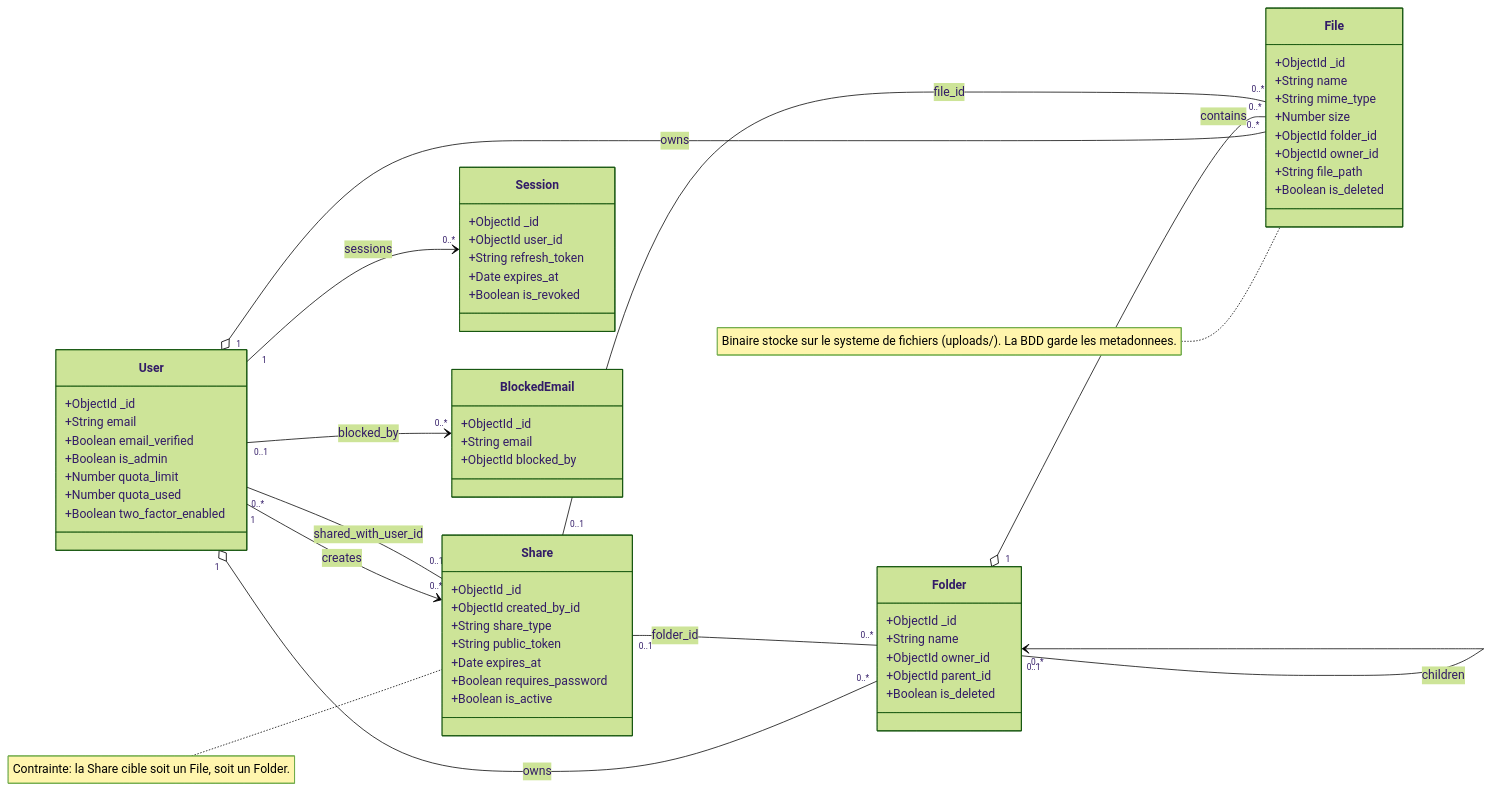
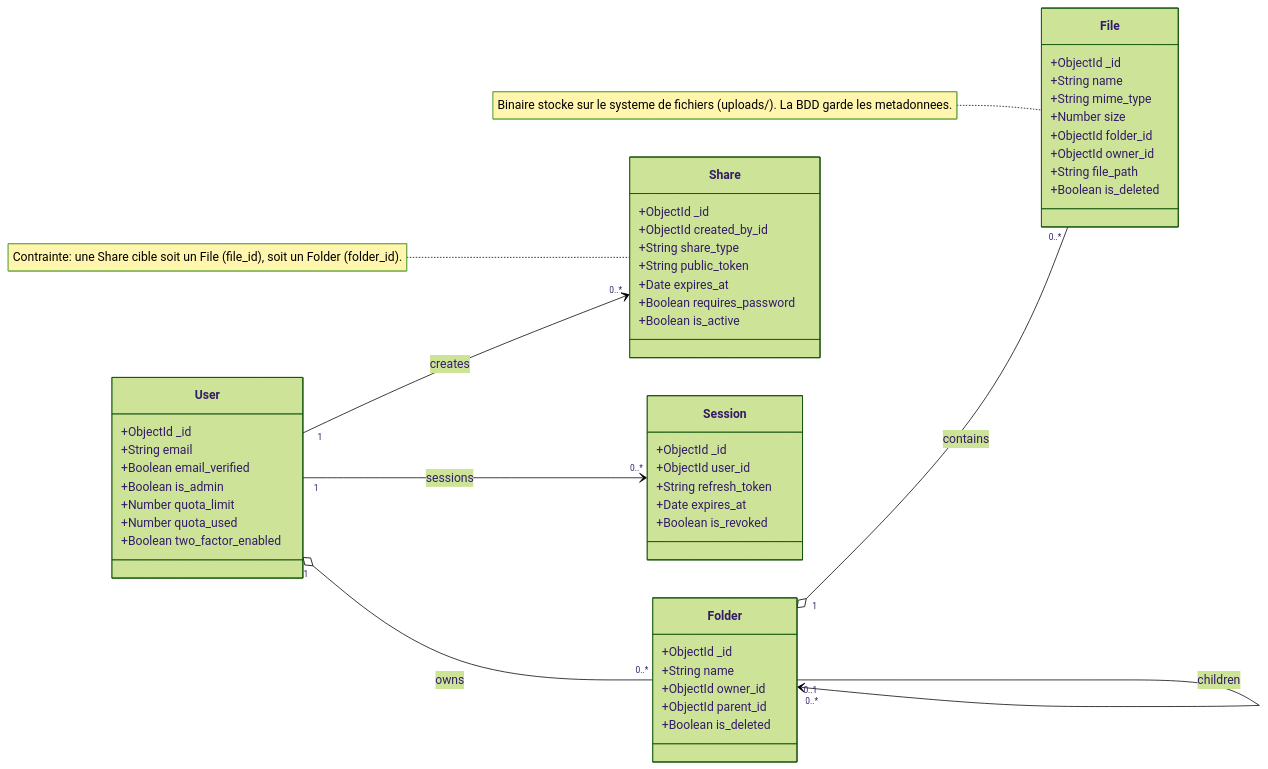
Before and after one commit to Elie224/SUPFile: the second of 5 diagrams in docs/DIAGRAMMES_UML.md, drawn with Mermaid (forest theme). The commit also changed other lines of this file, not shown here.

Commit message:
docs: simplify class diagram further

````diff
--- a/docs/DIAGRAMMES_UML.md
+++ b/docs/DIAGRAMMES_UML.md
@@ -123,74 +123,62 @@
 ```mermaid
 classDiagram
     direction LR
 
     class User {
         +ObjectId _id
         +String email
         +Boolean email_verified
         +Boolean is_admin
         +Number quota_limit
         +Number quota_used
         +Boolean two_factor_enabled
     }
 
     class Folder {
         +ObjectId _id
         +String name
         +ObjectId owner_id
         +ObjectId parent_id
         +Boolean is_deleted
     }
 
     class File {
         +ObjectId _id
         +String name
         +String mime_type
         +Number size
         +ObjectId folder_id
         +ObjectId owner_id
         +String file_path
         +Boolean is_deleted
     }
 
     class Share {
         +ObjectId _id
         +ObjectId created_by_id
         +String share_type
         +String public_token
         +Date expires_at
         +Boolean requires_password
         +Boolean is_active
     }
 
     class Session {
         +ObjectId _id
         +ObjectId user_id
         +String refresh_token
         +Date expires_at
         +Boolean is_revoked
     }
 
-    class BlockedEmail {
-        +ObjectId _id
-        +String email
-        +ObjectId blocked_by
-    }
-
     User "1" o-- "0..*" Folder : owns
-    User "1" o-- "0..*" File : owns
     User "1" --> "0..*" Session : sessions
 
     Folder "0..1" --> "0..*" Folder : children
     Folder "1" o-- "0..*" File : contains
 
     User "1" --> "0..*" Share : creates
-    Share "0..1" -- "0..*" File : file_id
-    Share "0..1" -- "0..*" Folder : folder_id
-    Share "0..1" -- "0..*" User : shared_with_user_id
 
-    User "0..1" --> "0..*" BlockedEmail : blocked_by
-
-    note for Share "Contrainte: la Share cible soit un File, soit un Folder."
+    note for Share "Contrainte: une Share cible soit un File (file_id), soit un Folder (folder_id)."
     note for File "Binaire stocke sur le systeme de fichiers (uploads/). La BDD garde les metadonnees."
 ```
````
